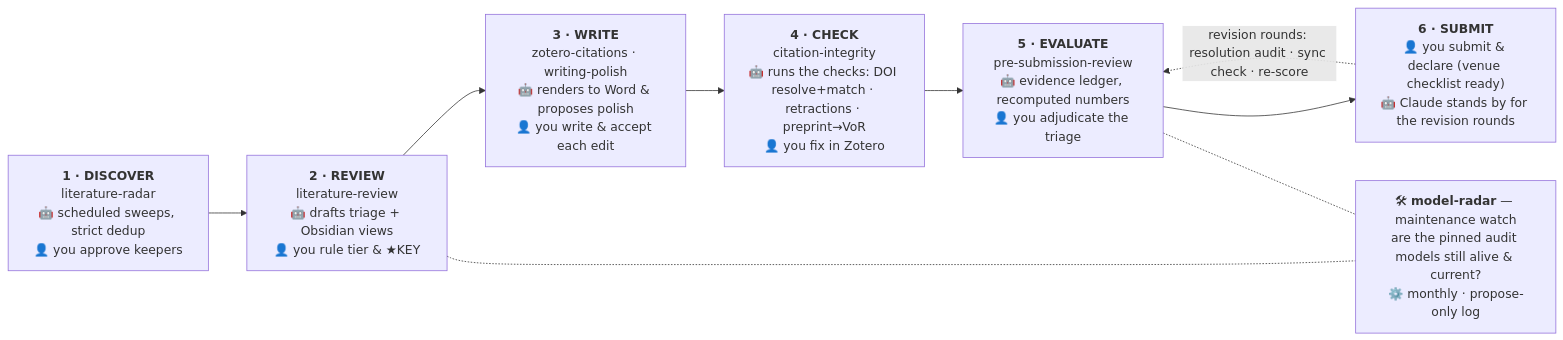
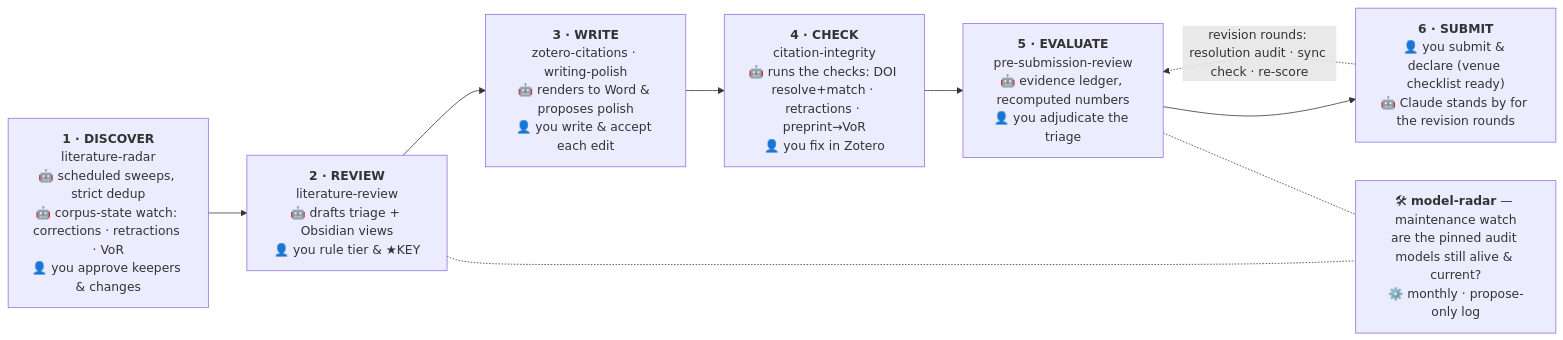
One commit to Shalice-in-AIland/claude-language-assessment-research-kit changed the first of 2 diagrams in docs/flowchart.md. Above: the diagram before and after it, drawn with Mermaid. The commit also changed 17 other files, not shown here.

````diff
--- a/docs/flowchart.md
+++ b/docs/flowchart.md
@@ -9,14 +9,14 @@
 ```mermaid
 flowchart LR
-    A["<b>1 · DISCOVER</b><br/>literature-radar<br/>🤖 scheduled sweeps, strict dedup<br/>👤 you approve keepers"]
+    A["<b>1 · DISCOVER</b><br/>literature-radar<br/>🤖 scheduled sweeps, strict dedup<br/>🤖 corpus-state watch: corrections · retractions · VoR<br/>👤 you approve keepers & changes"]
     B["<b>2 · REVIEW</b><br/>literature-review<br/>🤖 drafts triage + Obsidian views<br/>👤 you rule tier & ★KEY"]
     C["<b>3 · WRITE</b><br/>zotero-citations · writing-polish<br/>🤖 renders to Word & proposes polish<br/>👤 you write & accept each edit"]
     D["<b>4 · CHECK</b><br/>citation-integrity<br/>🤖 runs the checks: DOI resolve+match · retractions · preprint→VoR<br/>👤 you fix in Zotero"]
     E["<b>5 · EVALUATE</b><br/>pre-submission-review<br/>🤖 evidence ledger, recomputed numbers<br/>👤 you adjudicate the triage"]
     F["<b>6 · SUBMIT</b><br/>👤 you submit & declare (venue checklist ready)<br/>🤖 Claude stands by for the revision rounds"]
     A --> B --> C --> D --> E --> F
     F -. "revision rounds: resolution audit · sync check · re-score" .-> E
     M["🛠 <b>model-radar</b> — maintenance watch<br/>are the pinned audit models still alive & current?<br/>⚙️ monthly · propose-only log"]
     B -.- M
     E -.- M
 ```
````
